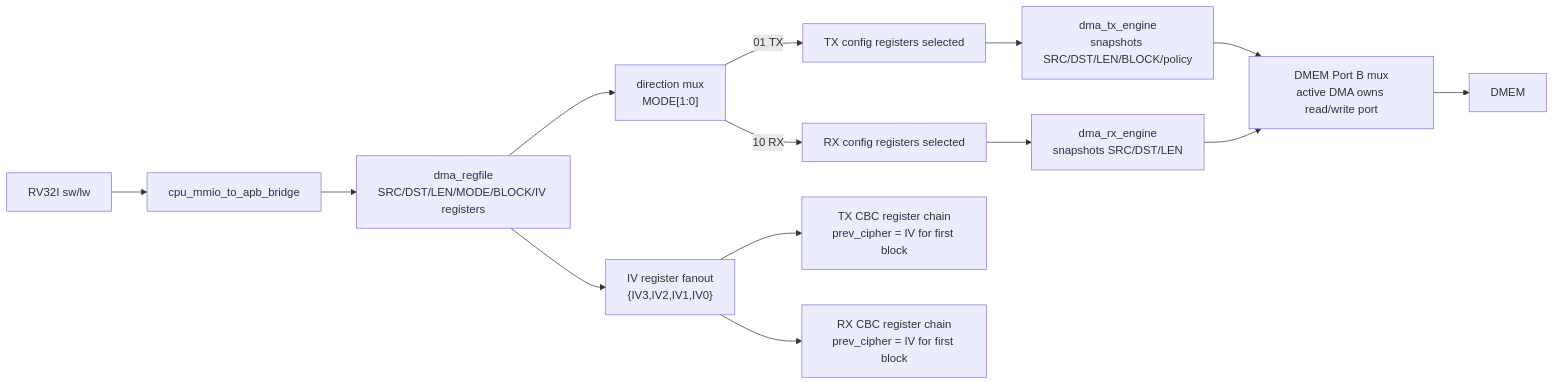
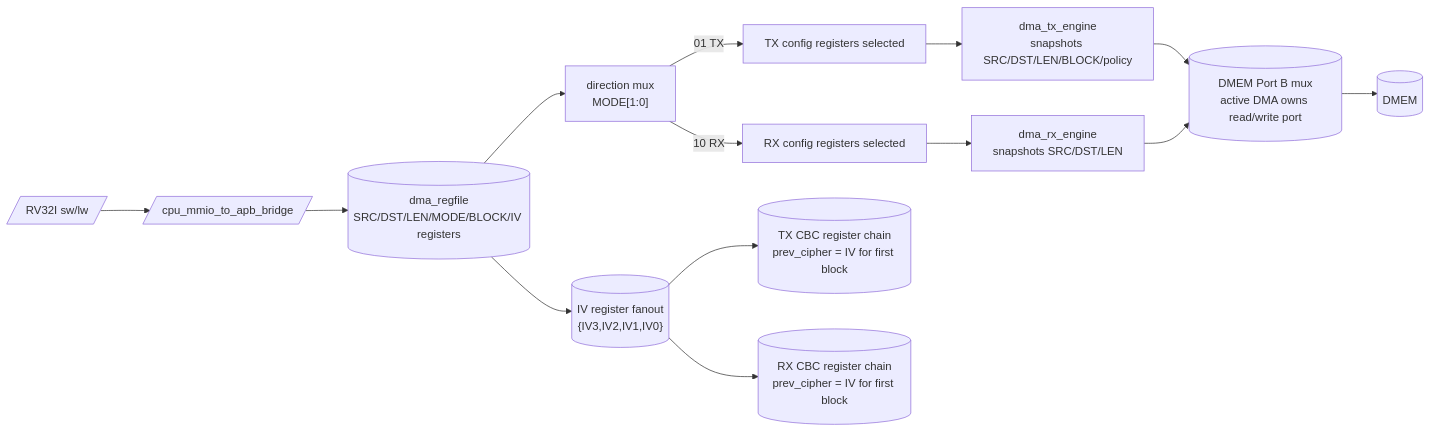
Before and after one commit to ngoquocan139/AES_huffman_all6: the sixth of 6 diagrams in docs/29_defense_qa_code_focus_spec.md, drawn with Mermaid. The commit also changed other lines of this file and 28 other files, not shown here.

````diff
--- a/docs/29_defense_qa_code_focus_spec.md
+++ b/docs/29_defense_qa_code_focus_spec.md
@@ -157,20 +157,20 @@
 ```mermaid
 flowchart LR
-    CPU["RV32I sw/lw"] --> BR["cpu_mmio_to_apb_bridge"]
-    BR --> RF["dma_regfile\nSRC/DST/LEN/MODE/BLOCK/IV registers"]
+    CPU[/"RV32I sw/lw"/] --> BR[/"cpu_mmio_to_apb_bridge"/]
+    BR --> RF[("dma_regfile\nSRC/DST/LEN/MODE/BLOCK/IV registers")]
 
     RF --> DIR["direction mux\nMODE[1:0]"]
     DIR -->|"01 TX"| TXSEL["TX config registers selected"]
     DIR -->|"10 RX"| RXSEL["RX config registers selected"]
 
     TXSEL --> TXDMA["dma_tx_engine\nsnapshots SRC/DST/LEN/BLOCK/policy"]
     RXSEL --> RXDMA["dma_rx_engine\nsnapshots SRC/DST/LEN"]
 
-    RF --> IVMUX["IV register fanout\n{IV3,IV2,IV1,IV0}"]
-    IVMUX --> TXCBC["TX CBC register chain\nprev_cipher = IV for first block"]
-    IVMUX --> RXCBC["RX CBC register chain\nprev_cipher = IV for first block"]
+    RF --> IVMUX[("IV register fanout\n{IV3,IV2,IV1,IV0}")]
+    IVMUX --> TXCBC[("TX CBC register chain\nprev_cipher = IV for first block")]
+    IVMUX --> RXCBC[("RX CBC register chain\nprev_cipher = IV for first block")]
 
-    TXDMA --> DMEMB["DMEM Port B mux\nactive DMA owns read/write port"]
+    TXDMA --> DMEMB[("DMEM Port B mux\nactive DMA owns read/write port")]
     RXDMA --> DMEMB
-    DMEMB --> DMEM["DMEM"]
+    DMEMB --> DMEM[("DMEM")]
 ```
````
